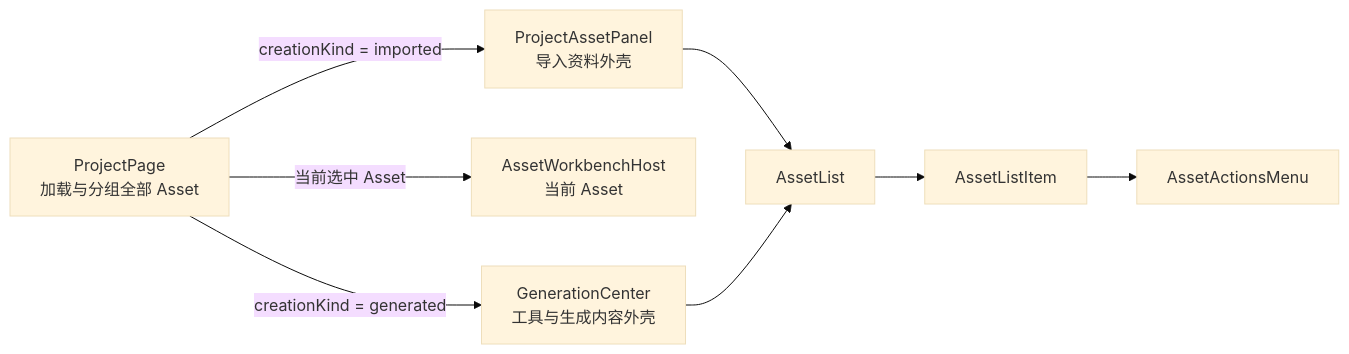
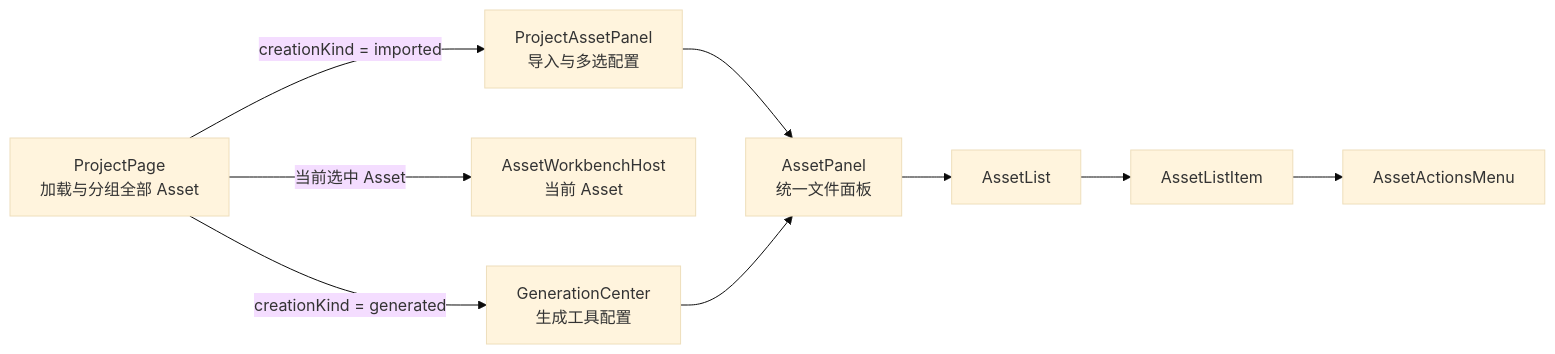
Before and after one commit to wu-tian807/learning-companion: the diagram in docs/superpowers/specs/2026-07-31-responsive-project-generation-center-design.md, drawn with Mermaid (base theme). The commit also changed other lines of this file and 11 other files, not shown here.

````diff
--- a/docs/superpowers/specs/2026-07-31-responsive-project-generation-center-design.md
+++ b/docs/superpowers/specs/2026-07-31-responsive-project-generation-center-design.md
@@ -101,18 +101,20 @@
 ```mermaid
 flowchart LR
     PAGE["ProjectPage<br/>加载与分组全部 Asset"]
-    IMPORTED["ProjectAssetPanel<br/>导入资料外壳"]
+    IMPORTED["ProjectAssetPanel<br/>导入与多选配置"]
     WORKBENCH["AssetWorkbenchHost<br/>当前 Asset"]
-    GENERATION["GenerationCenter<br/>工具与生成内容外壳"]
+    GENERATION["GenerationCenter<br/>生成工具配置"]
+    PANEL["AssetPanel<br/>统一文件面板"]
     LIST["AssetList"]
     ITEM["AssetListItem"]
     MENU["AssetActionsMenu"]
 
     PAGE -->|"creationKind = imported"| IMPORTED
     PAGE -->|"当前选中 Asset"| WORKBENCH
     PAGE -->|"creationKind = generated"| GENERATION
-    IMPORTED --> LIST
-    GENERATION --> LIST
+    IMPORTED --> PANEL
+    GENERATION --> PANEL
+    PANEL --> LIST
     LIST --> ITEM
     ITEM --> MENU
 ```
````
